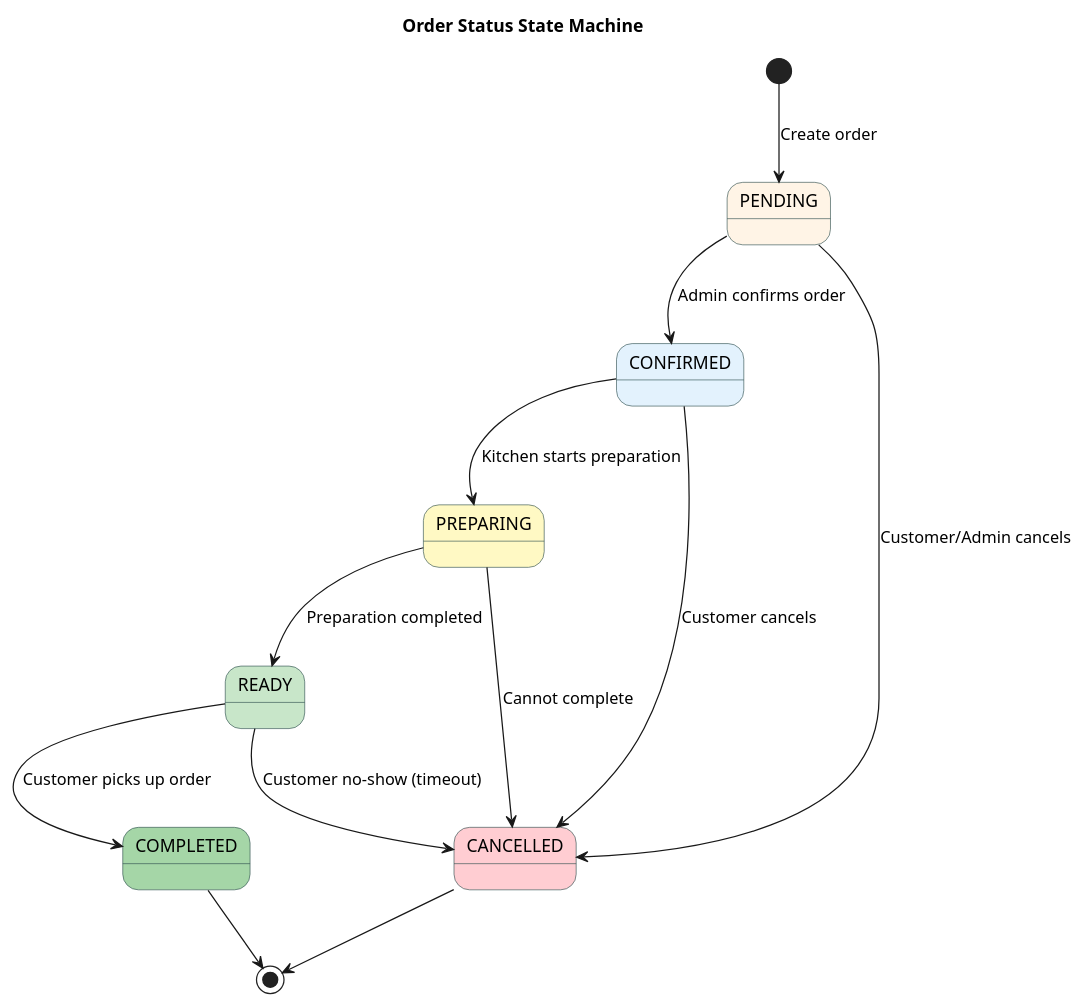
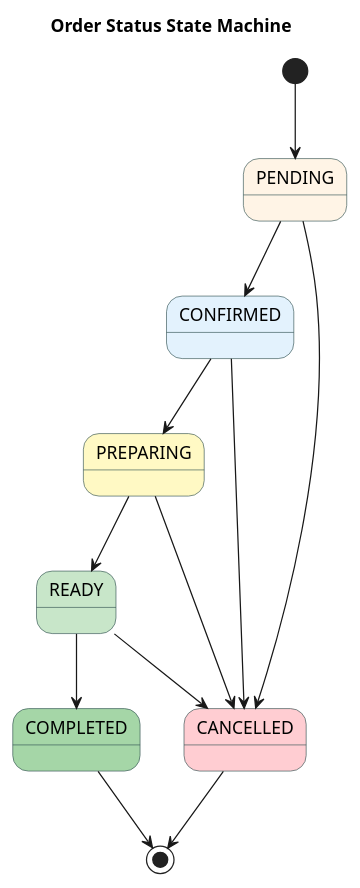
One commit to AI-powered-step-by-step-food-ordering/BE_SWD changed the first of 12 diagrams in diagrams/06_State_Diagrams_New.md. Above: the diagram before and after it, drawn with PlantUML. The commit also changed other lines of this file and 11 other files, not shown here.

````diff
--- a/diagrams/06_State_Diagrams_New.md
+++ b/diagrams/06_State_Diagrams_New.md
@@ -5,42 +5,41 @@
 ```plantuml
 @startuml
 skinparam state {
   BackgroundColor<<Pending>> #FFF4E6
   BackgroundColor<<Confirmed>> #E3F2FD
   BackgroundColor<<Preparing>> #FFF9C4
   BackgroundColor<<Ready>> #C8E6C9
   BackgroundColor<<Completed>> #A5D6A7
   BackgroundColor<<Cancelled>> #FFCDD2
   BorderColor DarkSlateGray
   FontName Arial
 }
 
 title Order Status State Machine
 
-[*] --> PENDING : Create order
+[*] --> PENDING
 
 state PENDING <<Pending>>
 state CONFIRMED <<Confirmed>>
 state PREPARING <<Preparing>>
 state READY <<Ready>>
 state COMPLETED <<Completed>>
 state CANCELLED <<Cancelled>>
 
-PENDING --> CONFIRMED : Admin confirms order
-PENDING --> CANCELLED : Customer/Admin cancels
+PENDING --> CONFIRMED
+PENDING --> CANCELLED
 
-CONFIRMED --> PREPARING : Kitchen starts preparation
-CONFIRMED --> CANCELLED : Customer cancels
+CONFIRMED --> PREPARING
+CONFIRMED --> CANCELLED
 
-PREPARING --> READY : Preparation completed
-PREPARING --> CANCELLED : Cannot complete
+PREPARING --> READY
+PREPARING --> CANCELLED
 
-READY --> COMPLETED : Customer picks up order
-READY --> CANCELLED : Customer no-show (timeout)
+READY --> COMPLETED
+READY --> CANCELLED
 
 COMPLETED --> [*]
 CANCELLED --> [*]
 
-
 @enduml
 ```
````
